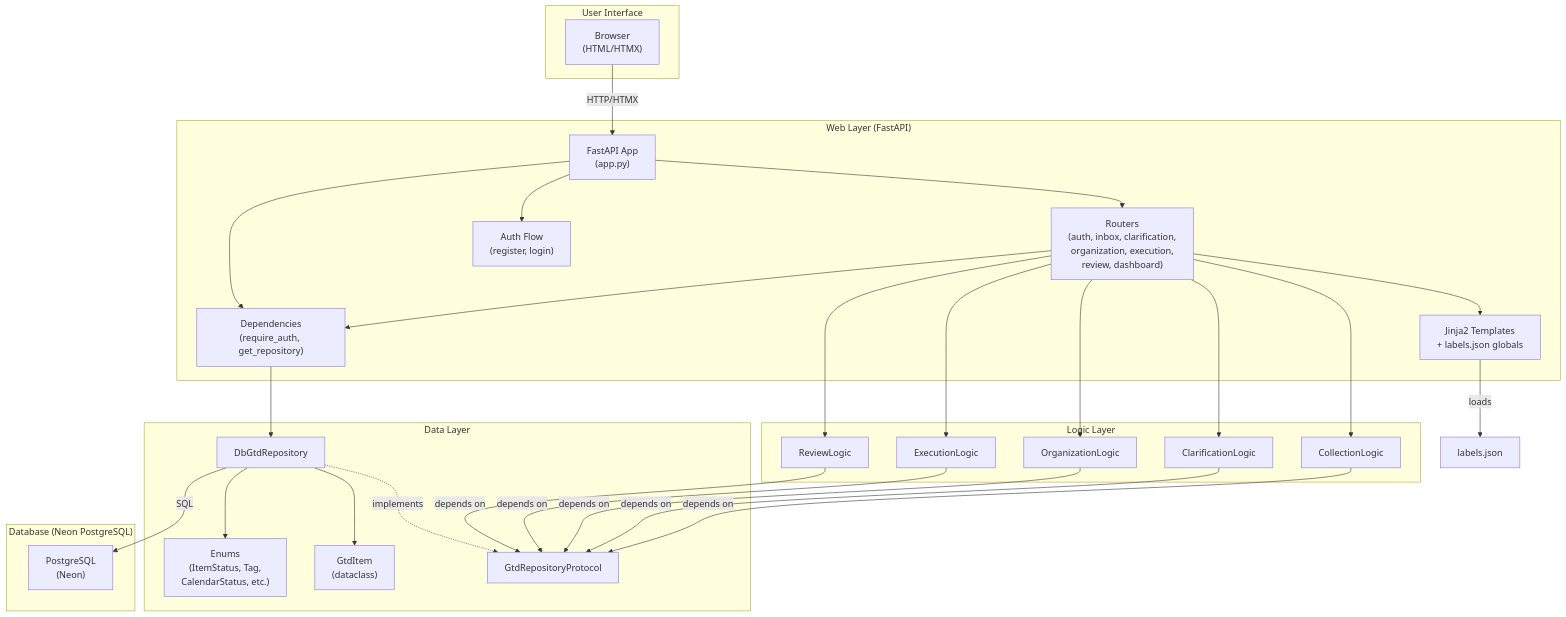
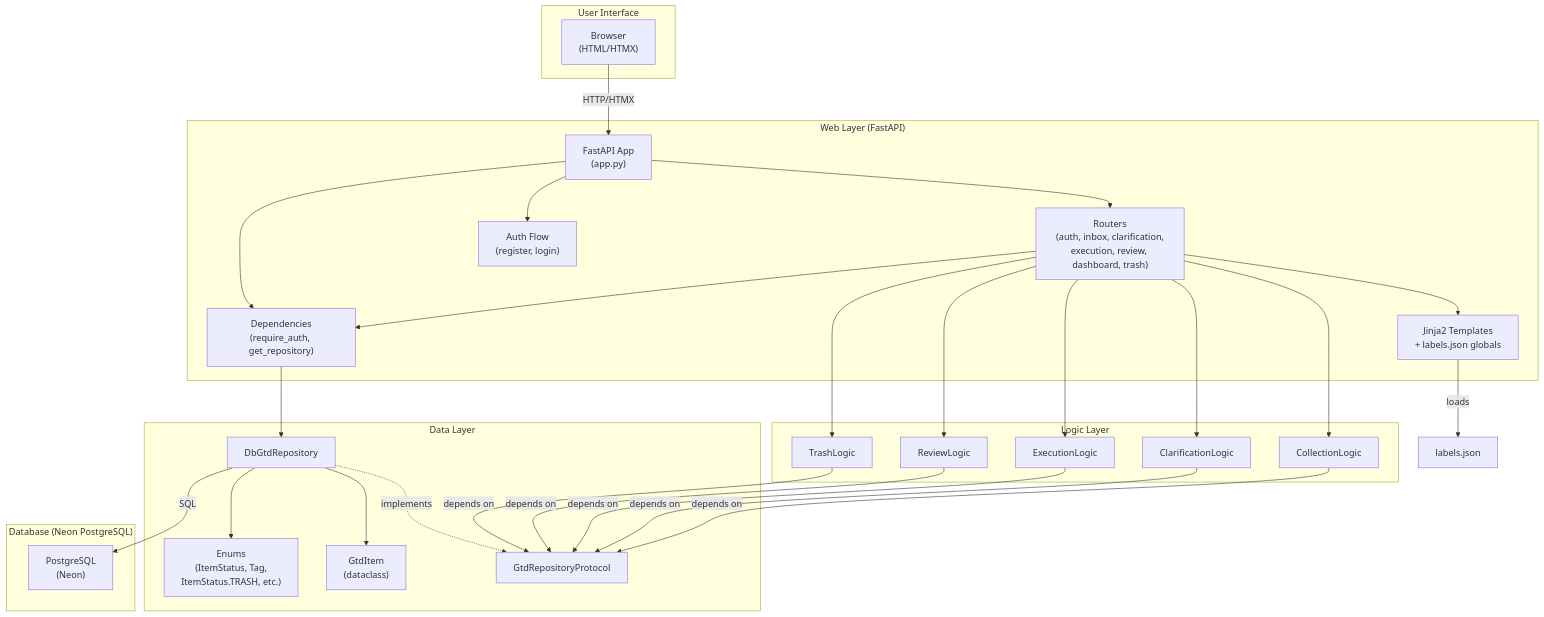
The first of 7 diagrams in docs/design/architecture.md (teppei19980914/Defrago), drawn with Mermaid before and after one commit. The commit also changed other lines of this file and 5 other files, not shown here.

````diff
--- a/docs/design/architecture.md
+++ b/docs/design/architecture.md
@@ -30,47 +41,47 @@
 ```mermaid
 graph TB
     subgraph "User Interface"
         Browser["Browser<br/>(HTML/HTMX)"]
     end
 
     subgraph "Web Layer (FastAPI)"
         App["FastAPI App<br/>(app.py)"]
-        Routers["Routers<br/>(auth, inbox, clarification,<br/>organization, execution,<br/>review, dashboard)"]
+        Routers["Routers<br/>(auth, inbox, clarification,<br/>execution, review, dashboard, trash)"]
         Templates["Jinja2 Templates<br/>+ labels.json globals"]
         Auth["Auth Flow<br/>(register, login)"]
         DI["Dependencies<br/>(require_auth, get_repository)"]
     end
 
     subgraph "Logic Layer"
         CL["CollectionLogic"]
         CLR["ClarificationLogic"]
-        OL["OrganizationLogic"]
         EL["ExecutionLogic"]
         RL["ReviewLogic"]
+        TL["TrashLogic"]
     end
 
     subgraph "Data Layer"
         Protocol["GtdRepositoryProtocol"]
         DbRepo["DbGtdRepository"]
         GtdItem["GtdItem<br/>(dataclass)"]
-        Enums["Enums<br/>(ItemStatus, Tag,<br/>CalendarStatus, etc.)"]
+        Enums["Enums<br/>(ItemStatus, Tag,<br/>ItemStatus.TRASH, etc.)"]
     end
 
     subgraph "Database (Neon PostgreSQL)"
         DB["PostgreSQL<br/>(Neon)"]
     end
 
     Browser -->|HTTP/HTMX| App
     App --> Routers
     App --> Auth
     App --> DI
     Routers --> Templates
     Templates -->|loads| Labels["labels.json"]
-    Routers --> CL & CLR & OL & EL & RL
+    Routers --> CL & CLR & EL & RL & TL
     Routers --> DI
     DI --> DbRepo
-    CL & CLR & OL & EL & RL -->|depends on| Protocol
+    CL & CLR & EL & RL & TL -->|depends on| Protocol
     DbRepo -.->|implements| Protocol
     DbRepo --> GtdItem & Enums
     DbRepo -->|SQL| DB
 ```
````
